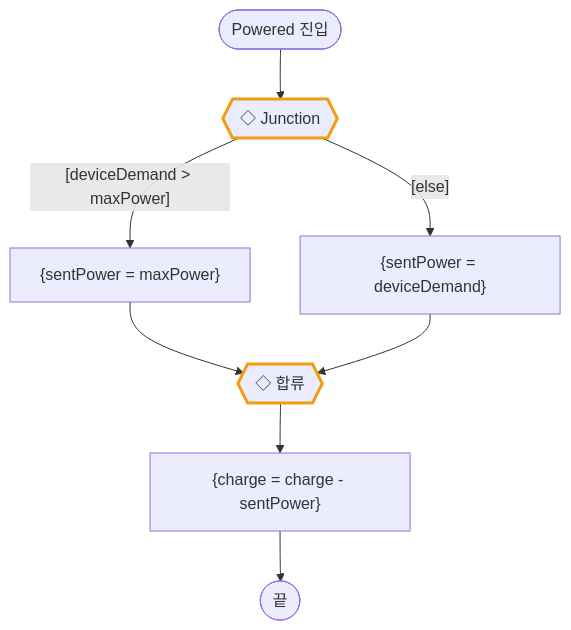
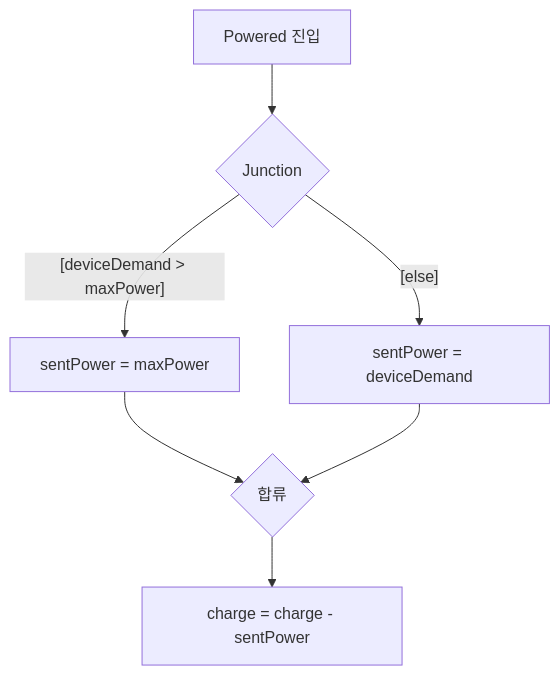
One commit to genie4youu/genie4youu.github.io changed the diagram in _posts/2026-07-14-05-junction-flowchart.md. Above: the diagram before and after it, drawn with Mermaid. The commit also changed other lines of this file and 13 other files, not shown here.

First line of the commit message:
﻿전면 손질: 제목 변경, AI 티 나는 표현 제거, 다이어그램 재작성

````diff
--- a/_posts/2026-07-14-05-junction-flowchart.md
+++ b/_posts/2026-07-14-05-junction-flowchart.md
@@ -36,13 +26,9 @@
 ```mermaid
 flowchart TD
-    S(["Powered 진입"]) --> J{{"◇ Junction"}}
-    J -->|"[deviceDemand > maxPower]"| A["{sentPower = maxPower}"]
-    J -->|"[else]"| B["{sentPower = deviceDemand}"]
-    A --> J2{{"◇ 합류"}}
+    S[Powered 진입] --> J{Junction}
+    J -->|"[deviceDemand > maxPower]"| A["sentPower = maxPower"]
+    J -->|"[else]"| B["sentPower = deviceDemand"]
+    A --> J2{합류}
     B --> J2
-    J2 --> C["{charge = charge - sentPower}"]
-    C --> T(["끝"])
-
-    style J stroke:#f39c12,stroke-width:3px
-    style J2 stroke:#f39c12,stroke-width:3px
+    J2 --> C["charge = charge - sentPower"]
 ```
````
